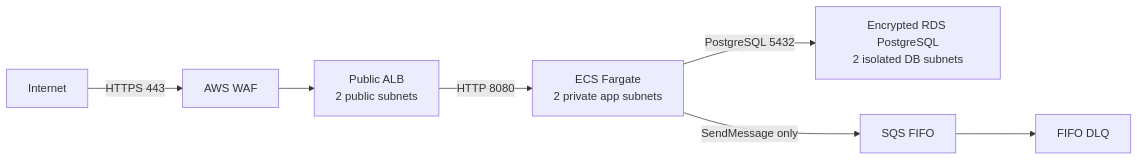
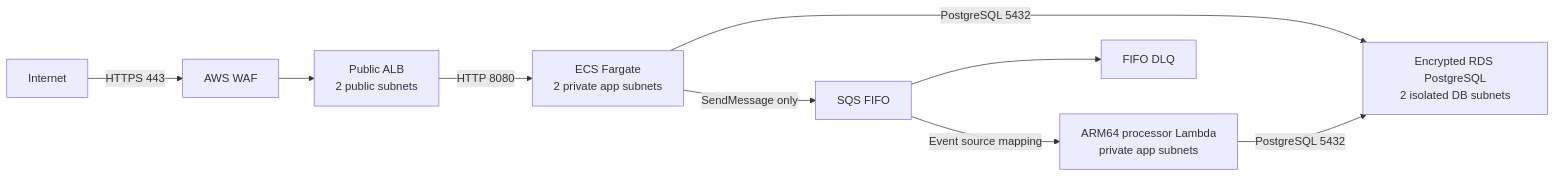
The diagram in infra/README.md (gareth-britannic/trade-ledger-demo), drawn with Mermaid before and after one commit. The commit also changed other lines of this file and 55 other files, not shown here.

````diff
--- a/infra/README.md
+++ b/infra/README.md
@@ -16,9 +16,11 @@
 ```mermaid
 flowchart LR
   Internet -->|HTTPS 443| WAF["AWS WAF"]
   WAF --> ALB["Public ALB<br/>2 public subnets"]
   ALB -->|HTTP 8080| ECS["ECS Fargate<br/>2 private app subnets"]
   ECS -->|PostgreSQL 5432| RDS["Encrypted RDS PostgreSQL<br/>2 isolated DB subnets"]
   ECS -->|SendMessage only| SQS["SQS FIFO"]
+  SQS -->|Event source mapping| Lambda["ARM64 processor Lambda<br/>private app subnets"]
+  Lambda -->|PostgreSQL 5432| RDS
   SQS --> DLQ["FIFO DLQ"]
 ```
````
